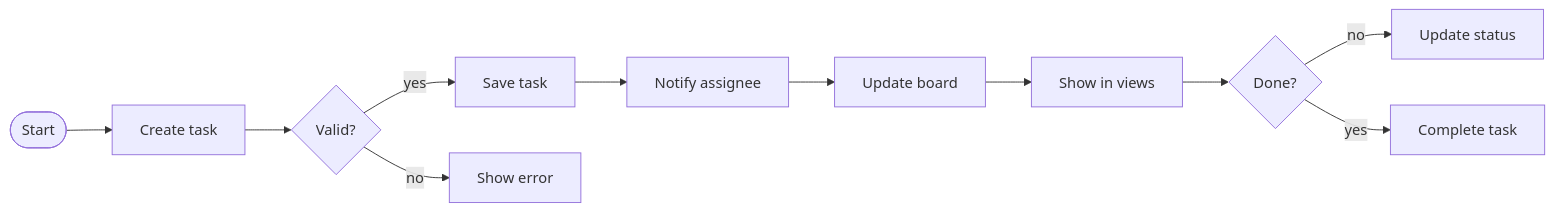
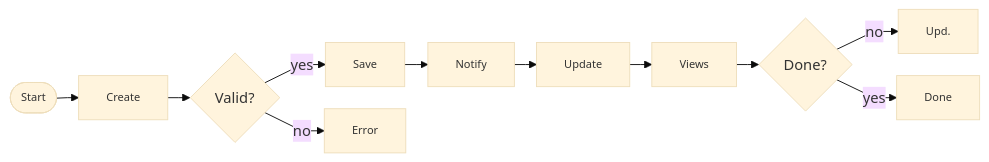
One commit to ritiku2004/Zira-Project-details changed the diagram in diagrams/activity-slide.mmd. Above: the diagram before and after it, drawn with Mermaid. The commit also changed other lines of this file, not shown here.

Commit message:
Diagrames added

````diff
--- a/diagrams/activity-slide.mmd
+++ b/diagrams/activity-slide.mmd
@@ -1,12 +2,21 @@
+```mermaid
+%% Compact slide-friendly activity diagram
+%% Use init to reduce node/rank spacing and a small font class
+%%{init: {"theme":"base","flowchart": {"nodeSpacing": 24, "rankSpacing": 24, "curve":"linear"}}}%%
 flowchart LR
-  Start([Start]) --> Create[Create task]
+  classDef small font-size:12px;
+
+  Start([Start]) --> Create[Create]
   Create --> Valid{Valid?}
-  Valid -->|yes| Save[Save task]
-  Valid -->|no| Error[Show error]
-  Save --> Notify[Notify assignee]
-  Notify --> Update[Update board]
-  Update --> Views[Show in views]
+  Valid -->|yes| Save[Save]
+  Valid -->|no| Error[Error]
+  Save --> Notify[Notify]
+  Notify --> Update[Update]
+  Update --> Views[Views]
   Views --> Loop{Done?}
-  Loop -->|no| UpdateStatus[Update status]
-  Loop -->|yes| Complete[Complete task]
-  %% compact, horizontal activity flow
+  Loop -->|no| UpdateStatus[Upd.]
+  Loop -->|yes| Complete[Done]
+
+  class Start,Create,Save,Notify,Update,Views,UpdateStatus,Complete,Error small
+
+``` 
````
